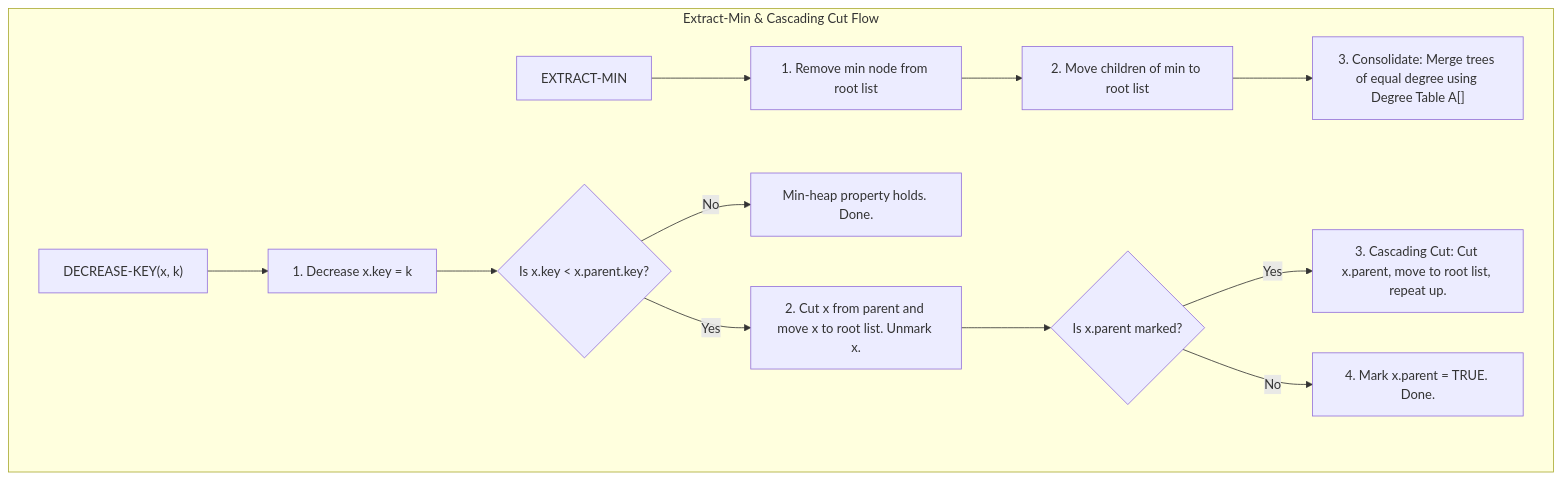
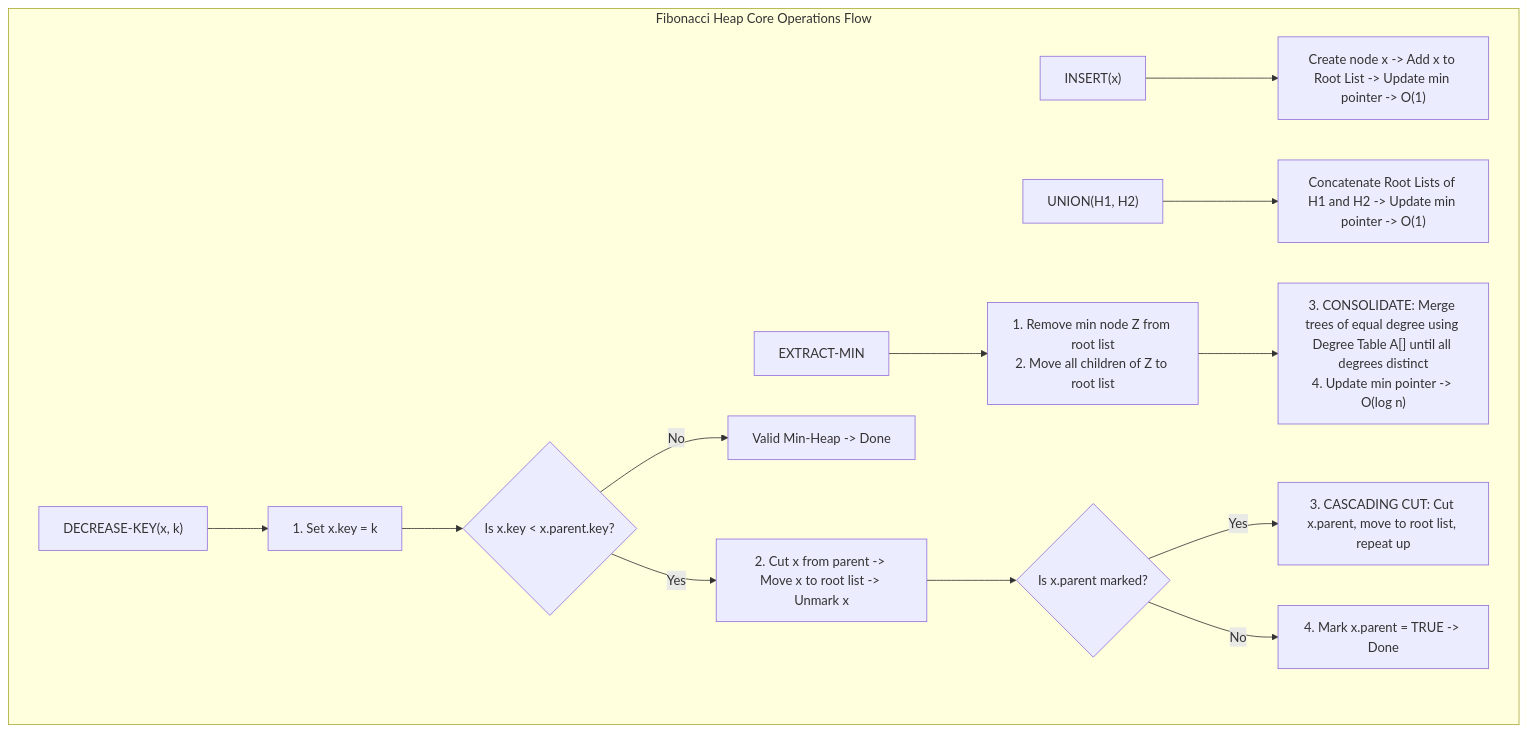
The seventh of 8 diagrams in notes/design_and_analysis_of_algorithms/DAA_Unit4_RedBlackTrees_AdvancedDS.md (DeepLumiere/DeepSkills), drawn with Mermaid before and after one commit. The commit also changed other lines of this file and 6 other files, not shown here.

First line of the commit message:
fix: convert all DAA pseudocodes into Mermaid flowcharts and standardize exam guides

````diff
--- a/notes/design_and_analysis_of_algorithms/DAA_Unit4_RedBlackTrees_AdvancedDS.md
+++ b/notes/design_and_analysis_of_algorithms/DAA_Unit4_RedBlackTrees_AdvancedDS.md
@@ -280,16 +209,21 @@
 ```mermaid
 flowchart TD
-    subgraph "Extract-Min & Cascading Cut Flow"
-        EM["EXTRACT-MIN"] --> RemMin["1. Remove min node from root list"]
-        RemMin --> AddChild["2. Move children of min to root list"]
-        AddChild --> Consolidate["3. Consolidate: Merge trees of equal degree using Degree Table A[]"]
+    subgraph "Fibonacci Heap Core Operations Flow"
+        Ins["INSERT(x)"] --> InsStep["Create node x -> Add x to Root List -> Update min pointer -> O(1)"]
 
-        DK["DECREASE-KEY(x, k)"] --> RedKey["1. Decrease x.key = k"]
-        RedKey --> CheckHeap{"Is x.key < x.parent.key?"}
-        CheckHeap -- No --> Valid["Min-heap property holds. Done."]
-        CheckHeap -- Yes --> Cut["2. Cut x from parent and move x to root list. Unmark x."]
-        Cut --> CascadingCut{"Is x.parent marked?"}
-        CascadingCut -- Yes --> CutParent["3. Cascading Cut: Cut x.parent, move to root list, repeat up."]
-        CascadingCut -- No --> MarkParent["4. Mark x.parent = TRUE. Done."]
+        Uni["UNION(H1, H2)"] --> UniStep["Concatenate Root Lists of H1 and H2 -> Update min pointer -> O(1)"]
+
+        EM["EXTRACT-MIN"] --> EM1["1. Remove min node Z from root list
+2. Move all children of Z to root list"]
+        EM1 --> EM2["3. CONSOLIDATE: Merge trees of equal degree using Degree Table A[] until all degrees distinct
+4. Update min pointer -> O(log n)"]
+
+        DK["DECREASE-KEY(x, k)"] --> DK1["1. Set x.key = k"]
+        DK1 --> DK2{"Is x.key < x.parent.key?"}
+        DK2 -- No --> DKDone["Valid Min-Heap -> Done"]
+        DK2 -- Yes --> DK3["2. Cut x from parent -> Move x to root list -> Unmark x"]
+        DK3 --> DK4{"Is x.parent marked?"}
+        DK4 -- Yes --> DK5["3. CASCADING CUT: Cut x.parent, move to root list, repeat up"]
+        DK4 -- No --> DK6["4. Mark x.parent = TRUE -> Done"]
     end
 ```
````
